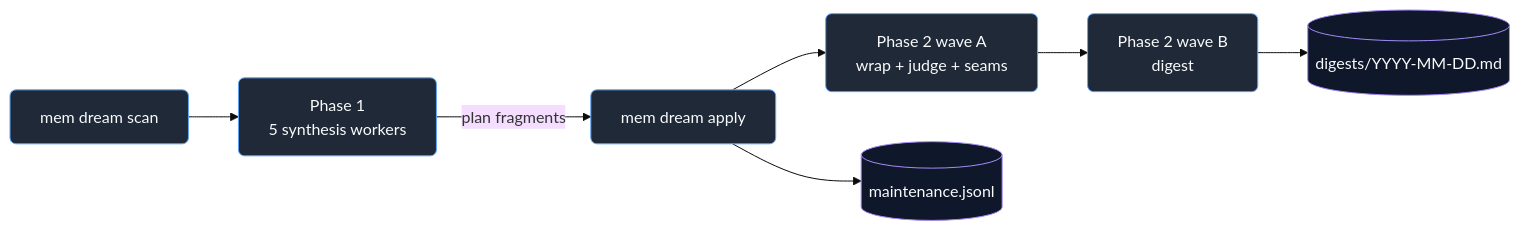
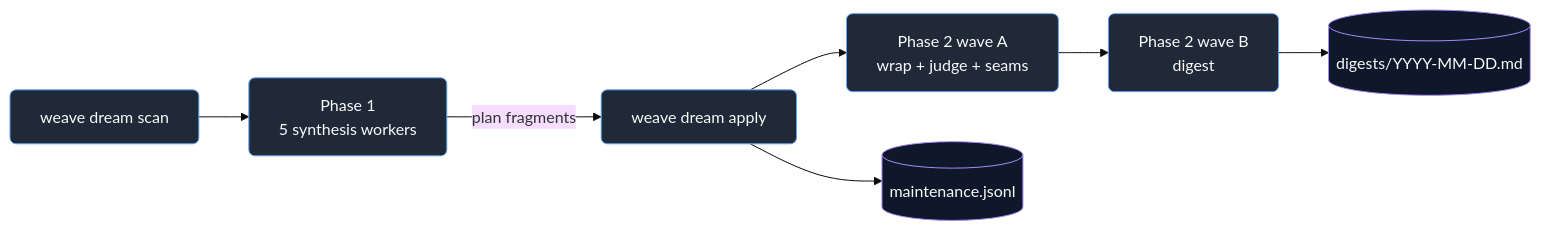
One commit to marekpal97/thinkweave changed the third of 4 diagrams in ARCHITECTURE.md. Above: the diagram before and after it, drawn with Mermaid (base theme). The commit also changed other lines of this file and 455 other files, not shown here.

First line of the commit message:
refactor: rename personal_mem → Thinkweave (mem → weave everywhere)

````diff
--- a/ARCHITECTURE.md
+++ b/ARCHITECTURE.md
@@ -122,11 +146,11 @@
 ```mermaid
 flowchart LR
     classDef st fill:#1f2937,stroke:#60a5fa,color:#f9fafb,rx:6,ry:6
     classDef store fill:#0f172a,stroke:#a78bfa,color:#f9fafb,rx:6,ry:6
-    SC[mem dream scan]:::st --> P1[Phase 1<br/>5 synthesis workers]:::st
-    P1 -->|plan fragments| AP[mem dream apply]:::st
+    SC[weave dream scan]:::st --> P1[Phase 1<br/>5 synthesis workers]:::st
+    P1 -->|plan fragments| AP[weave dream apply]:::st
     AP --> P2A[Phase 2 wave A<br/>wrap + judge + seams]:::st
     P2A --> P2B[Phase 2 wave B<br/>digest]:::st
     AP --> ML[(maintenance.jsonl)]:::store
     P2B --> DG[(digests/YYYY-MM-DD.md)]:::store
 ```
````
